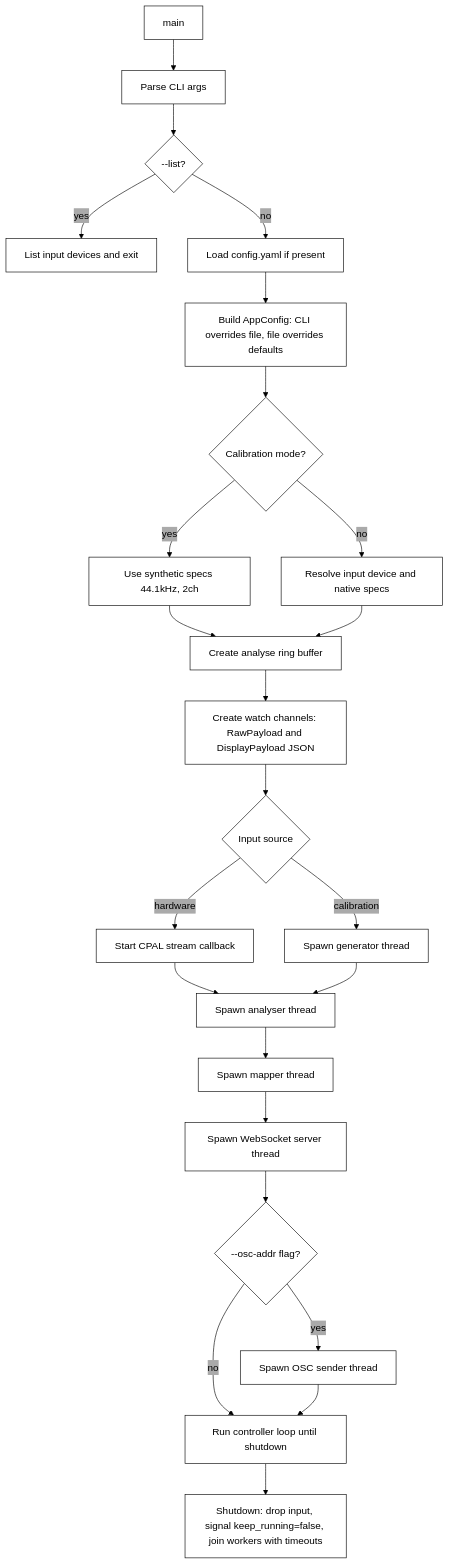
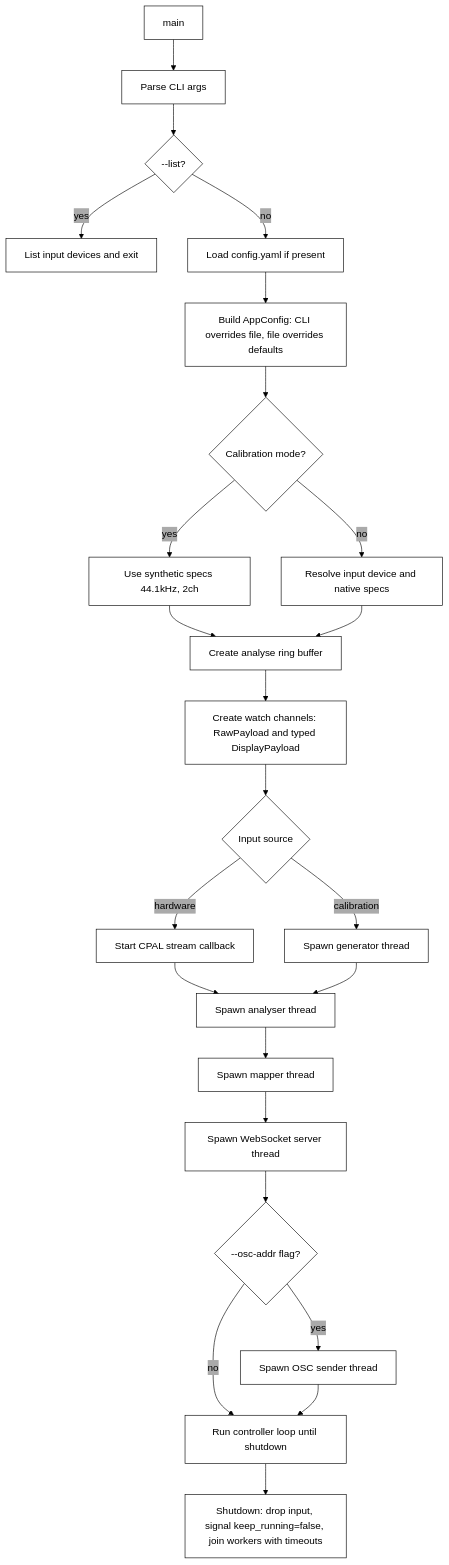
Before and after one commit to rayboyd/phase4: the first of 4 diagrams in docs/system/lifecycle.md, drawn with Mermaid. The commit also changed other lines of this file, not shown here.

Commit message:
docs(lifecycle): update data-flow diagram for single typed display channel

````diff
--- a/docs/system/lifecycle.md
+++ b/docs/system/lifecycle.md
@@ -5,44 +5,44 @@
 ```mermaid
 %%{init: {
 	"theme": "base",
 	"themeVariables": {
 		"background": "#ffffff",
 		"fontFamily": "monospace",
 		"fontSize": "16px",
 		"lineColor": "#000",
 		"primaryBorderColor": "#000",
 		"primaryColor": "#fff",
 		"primaryTextColor": "#000",
 		"secondaryColor": "#aaa",
 		"tertiaryColor": "#ccc"
 	},
 	"flowchart": {
 		"curve": "basis",
 		"htmlLabels": true
 	}
 }}%%
 flowchart TD
 		A[main] --> B[Parse CLI args]
 		B --> C{--list?}
 		C -->|yes| D[List input devices and exit]
 		C -->|no| E2[Load config.yaml if present]
 		E2 --> E[Build AppConfig: CLI overrides file, file overrides defaults]
 		E --> F{Calibration mode?}
 		F -->|yes| G[Use synthetic specs 44.1kHz, 2ch]
 		F -->|no| H[Resolve input device and native specs]
 		G --> I[Create analyse ring buffer]
 		H --> I
-		I --> J[Create watch channels: RawPayload and DisplayPayload JSON]
+		I --> J[Create watch channels: RawPayload and typed DisplayPayload]
 		J --> K{Input source}
 		K -->|calibration| M[Spawn generator thread]
 		K -->|hardware| L[Start CPAL stream callback]
 		L --> N[Spawn analyser thread]
 		M --> N
 		N --> O[Spawn mapper thread]
 		O --> P[Spawn WebSocket server thread]
 		P --> Q{--osc-addr flag?}
 		Q -->|yes| Q2[Spawn OSC sender thread]
 		Q -->|no| R[Run controller loop until shutdown]
 		Q2 --> R
 		R --> S[Shutdown: drop input, signal keep_running=false, join workers with timeouts]
 ```
````
